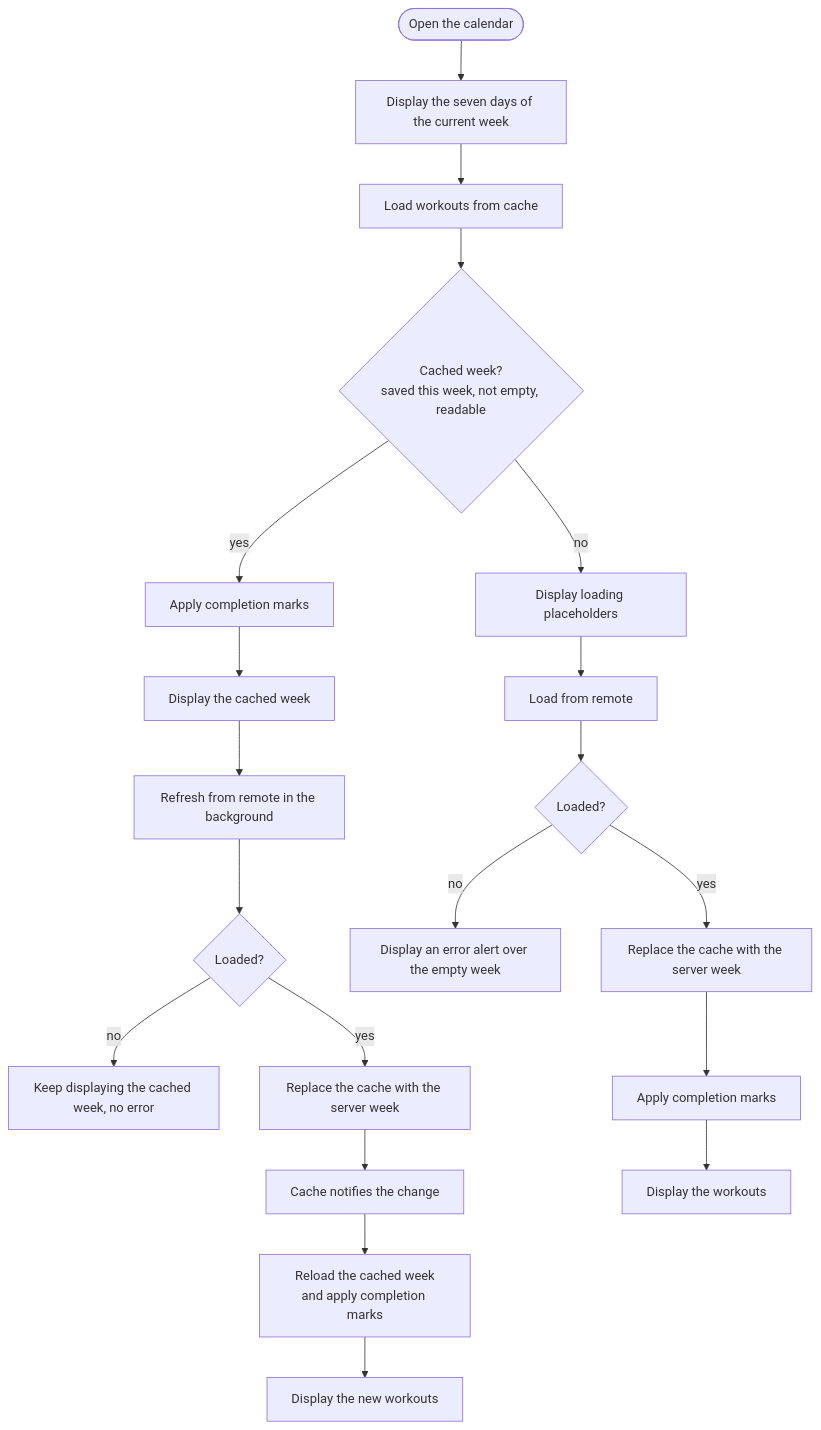
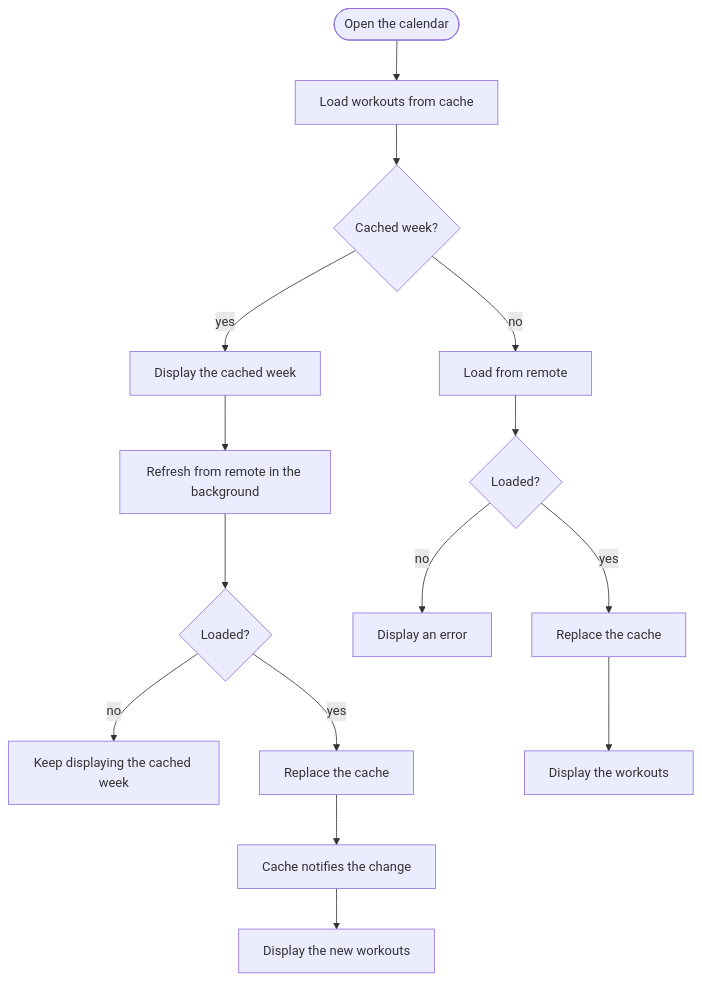
The first of 2 diagrams in README.md (tringuyen623/training-calendar), drawn with Mermaid before and after one commit. The commit also changed other lines of this file, not shown here.

Commit message:
Simplify the flowchart and the architecture diagram to the main data and cache flow

````diff
--- a/README.md
+++ b/README.md
@@ -281,16 +281,14 @@
 ```mermaid
 flowchart TD
-    Open([Open the calendar]) --> Week[Display the seven days of the current week]
-    Week --> Cache[Load workouts from cache]
-    Cache --> HasCache{Cached week?<br/>saved this week, not empty, readable}
-    HasCache -- yes --> MarkCache[Apply completion marks] --> ShowCache[Display the cached week]
+    Open([Open the calendar]) --> Cache[Load workouts from cache]
+    Cache --> HasCache{Cached week?}
+    HasCache -- yes --> ShowCache[Display the cached week]
     ShowCache --> Refresh[Refresh from remote in the background]
     Refresh --> RefreshOk{Loaded?}
-    RefreshOk -- no --> Keep[Keep displaying the cached week, no error]
-    RefreshOk -- yes --> Replace[Replace the cache with the server week]
-    Replace --> Notify[Cache notifies the change] --> Reload[Reload the cached week<br/>and apply completion marks] --> Update[Display the new workouts]
-    HasCache -- no --> Loading[Display loading placeholders] --> Remote[Load from remote]
+    RefreshOk -- no --> Keep[Keep displaying the cached week]
+    RefreshOk -- yes --> Replace[Replace the cache] --> Notify[Cache notifies the change] --> Update[Display the new workouts]
+    HasCache -- no --> Remote[Load from remote]
     Remote --> RemoteOk{Loaded?}
-    RemoteOk -- no --> Error[Display an error alert over the empty week]
-    RemoteOk -- yes --> Save[Replace the cache with the server week] --> MarkRemote[Apply completion marks] --> ShowRemote[Display the workouts]
+    RemoteOk -- no --> Error[Display an error]
+    RemoteOk -- yes --> Save[Replace the cache] --> Show[Display the workouts]
 ```
````
